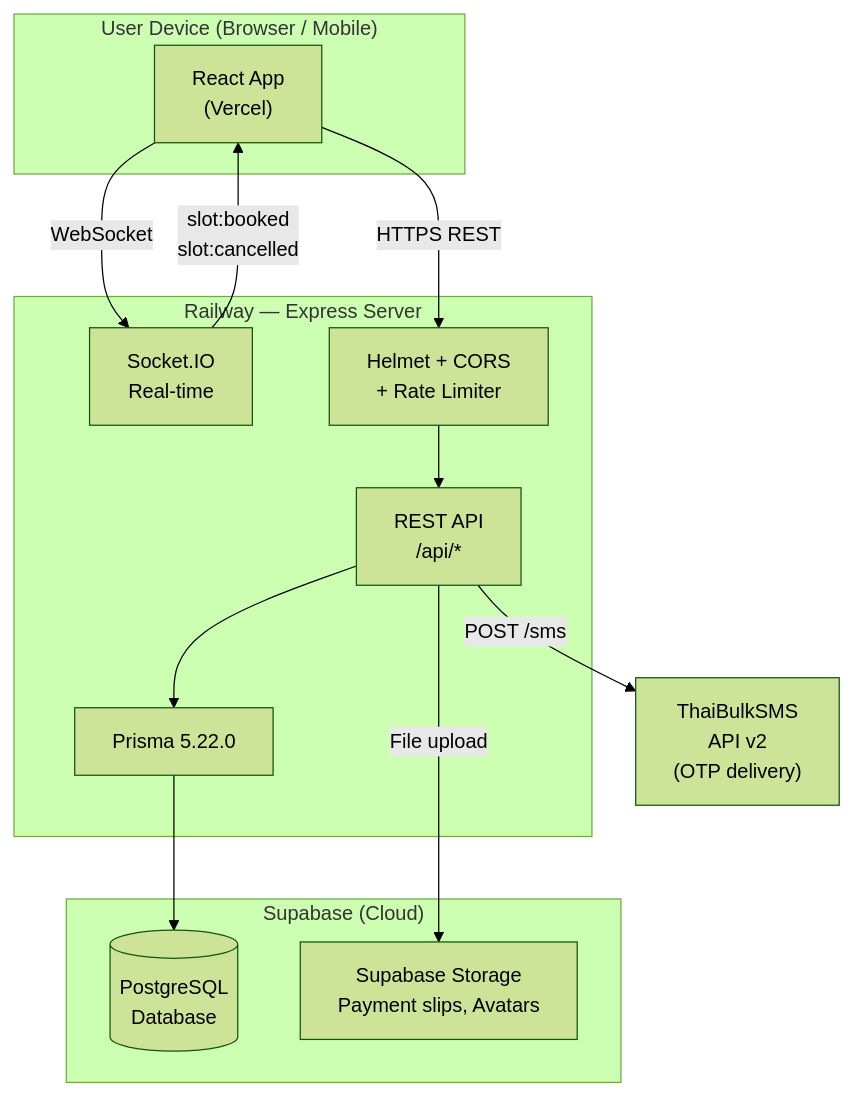
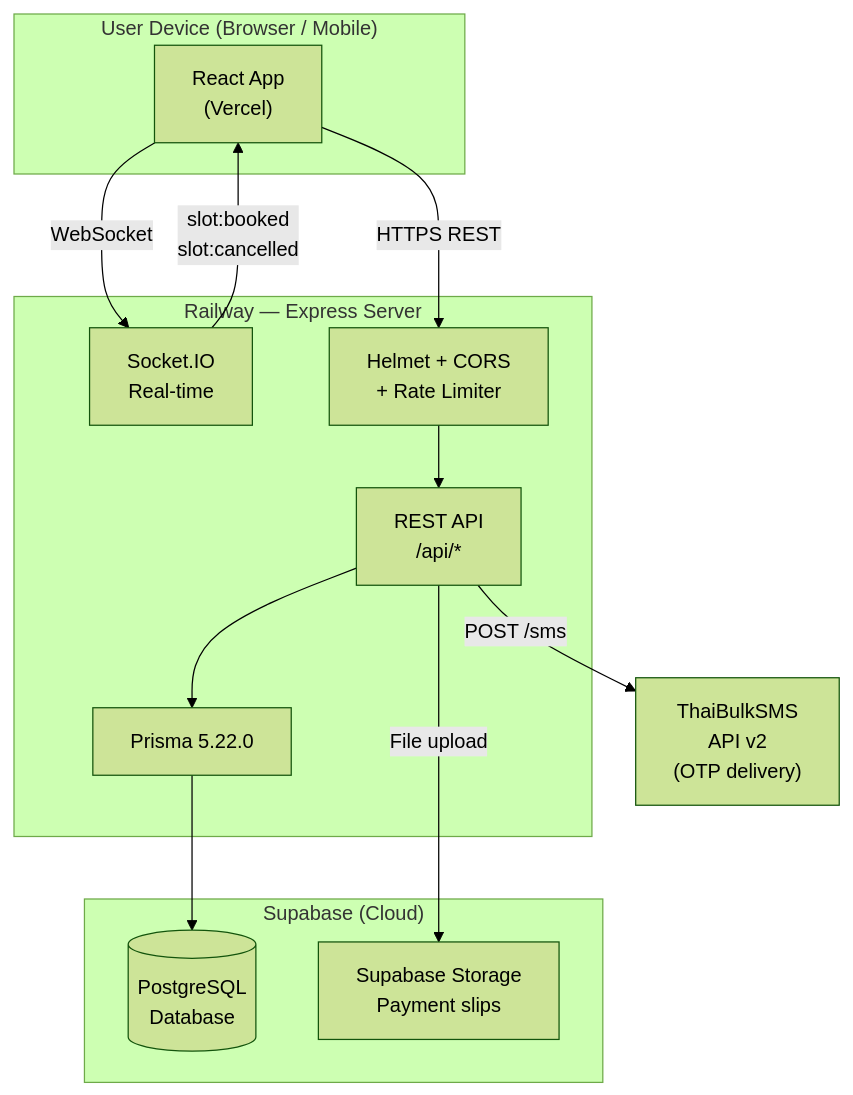
The diagram in PRD.md (MetaKt/B-Space_Tennis_Booking), drawn with Mermaid (forest theme) before and after one commit. The commit also changed other lines of this file and 40 other files, not shown here.

````diff
--- a/PRD.md
+++ b/PRD.md
@@ -361,29 +398,29 @@
 ```mermaid
 graph TD
     subgraph Client["User Device (Browser / Mobile)"]
         FE["React App\n(Vercel)"]
     end
 
     subgraph Backend["Railway — Express Server"]
         API["REST API\n/api/*"]
         WS["Socket.IO\nReal-time"]
         SEC["Helmet + CORS\n+ Rate Limiter"]
         ORM["Prisma 5.22.0"]
     end
 
     subgraph Storage["Supabase (Cloud)"]
         DB[(PostgreSQL\nDatabase)]
-        FILES["Supabase Storage\nPayment slips, Avatars"]
+        FILES["Supabase Storage\nPayment slips"]
     end
 
     SMS["ThaiBulkSMS\nAPI v2\n(OTP delivery)"]
 
     FE -- "HTTPS REST" --> SEC
     FE -- "WebSocket" --> WS
     SEC --> API
     API --> ORM
     ORM --> DB
     API -- "File upload" --> FILES
     API -- "POST /sms" --> SMS
     WS -- "slot:booked\nslot:cancelled" --> FE
 ```
````
